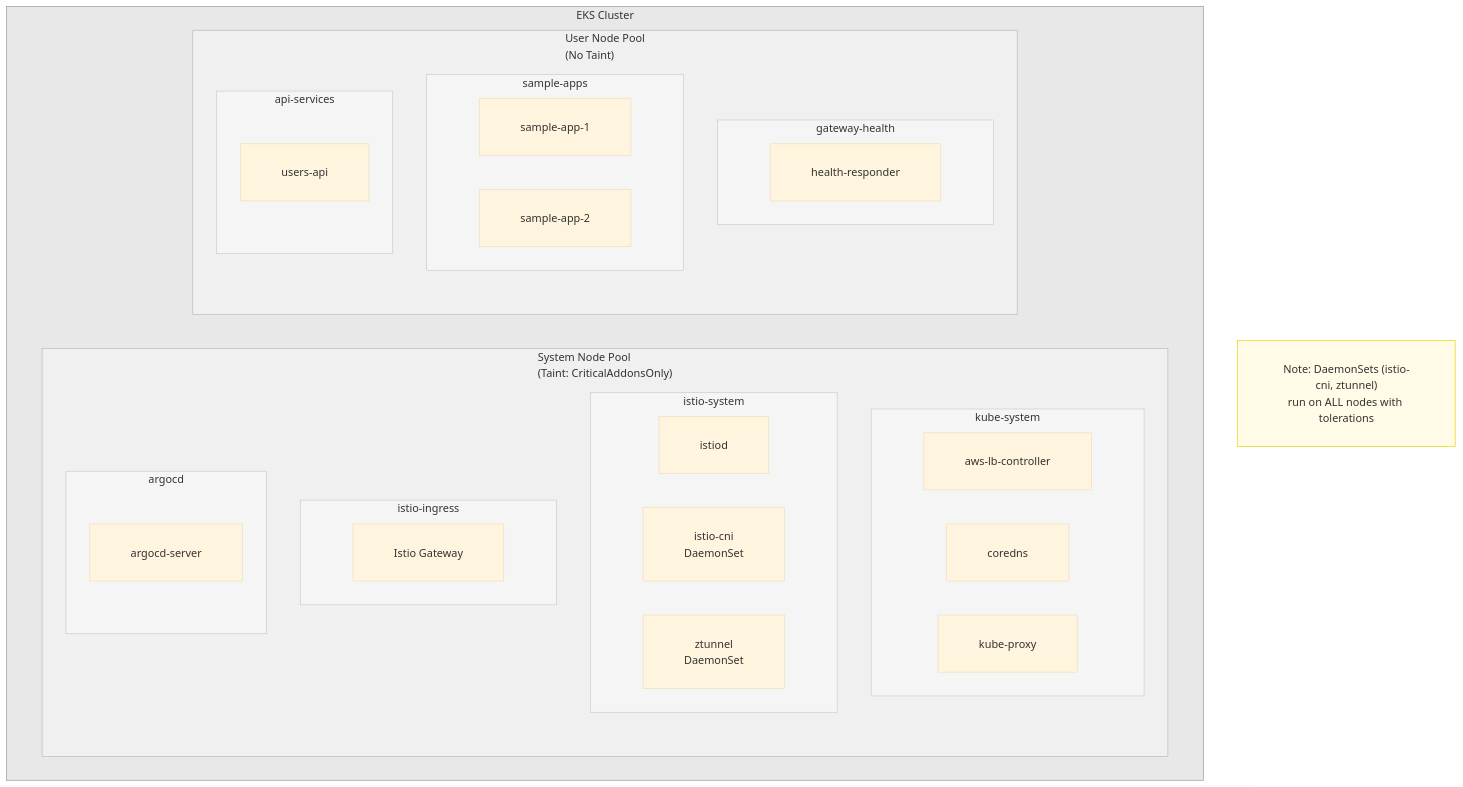
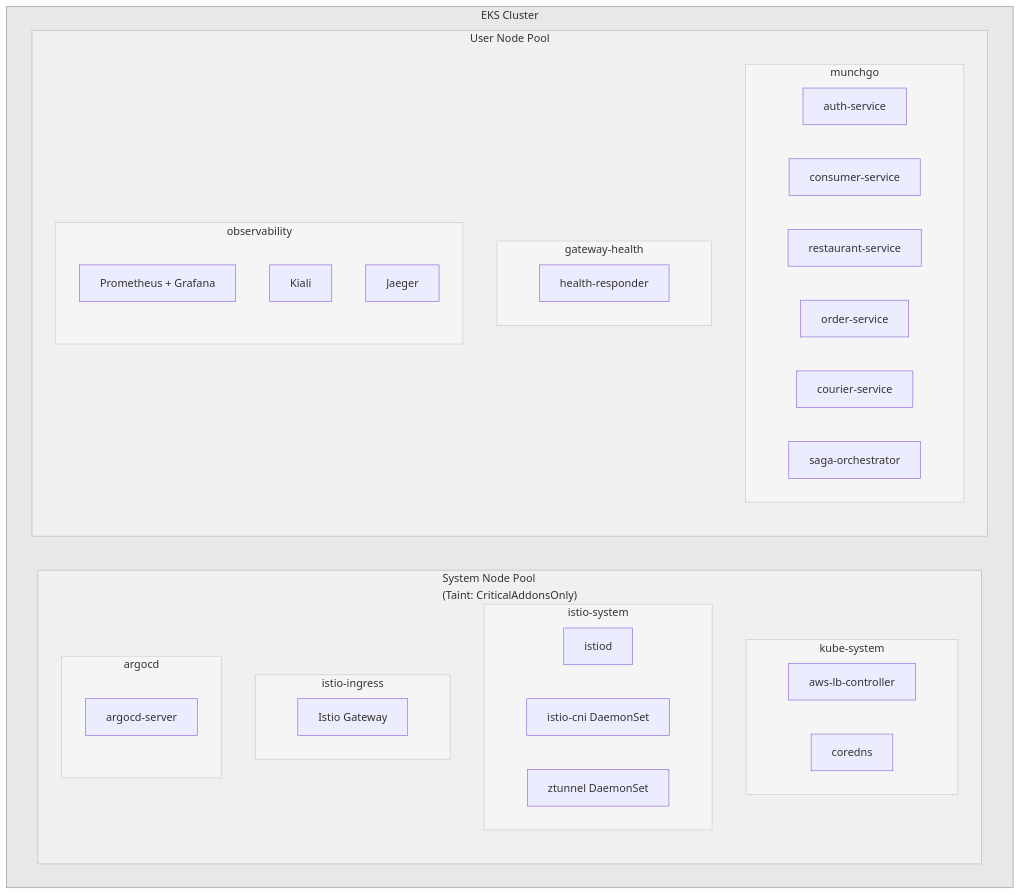
Before and after one commit to shanaka-versent/Kong-Konnect-Cloud-Gateway-on-EKS: diagram 11 of 13 in README.md, drawn with Mermaid. The commit also changed other lines of this file and 41 other files, not shown here.

First line of the commit message:
Deploy MunchGo microservices platform with Istio Ambient Service Mesh

````diff
--- a/README.md
+++ b/README.md
@@ -238,51 +612,52 @@
 ```mermaid
-%%{init: {'theme': 'base', 'themeVariables': {'fontSize': '16px'}, 'flowchart': {'nodeSpacing': 50, 'rankSpacing': 80, 'padding': 30}}}%%
 flowchart TB
     subgraph EKS["EKS Cluster"]
         subgraph SystemPool["System Node Pool<br/>(Taint: CriticalAddonsOnly)"]
             subgraph KS["kube-system"]
                 LBC2[aws-lb-controller]
                 CoreDNS[coredns]
-                KubeProxy[kube-proxy]
             end
             subgraph IS["istio-system"]
                 Istiod2[istiod]
-                CNI2[istio-cni<br/>DaemonSet]
-                ZT2[ztunnel<br/>DaemonSet]
+                CNI2[istio-cni DaemonSet]
+                ZT2[ztunnel DaemonSet]
             end
             subgraph II["istio-ingress"]
                 GW2[Istio Gateway]
             end
             subgraph AC["argocd"]
                 ArgoServer[argocd-server]
             end
         end
 
-        subgraph UserPool["User Node Pool<br/>(No Taint)"]
+        subgraph UserPool["User Node Pool"]
+            subgraph MG["munchgo"]
+                Auth[auth-service]
+                Consumer[consumer-service]
+                Restaurant[restaurant-service]
+                Order[order-service]
+                Courier[courier-service]
+                Saga[saga-orchestrator]
+            end
             subgraph GH["gateway-health"]
                 HealthResp[health-responder]
             end
-            subgraph SA["sample-apps"]
-                App1B[sample-app-1]
-                App2B[sample-app-2]
-            end
-            subgraph AS["api-services"]
-                ApiB[users-api]
+            subgraph OBS["observability"]
+                Prom[Prometheus + Grafana]
+                Kiali2[Kiali]
+                Jaeger2[Jaeger]
             end
         end
     end
-
-    Note["Note: DaemonSets (istio-cni, ztunnel)<br/>run on ALL nodes with tolerations"]
 
     style EKS fill:#E8E8E8,stroke:#999,color:#333
     style SystemPool fill:#F0F0F0,stroke:#BBB,color:#333
     style UserPool fill:#F0F0F0,stroke:#BBB,color:#333
     style KS fill:#F5F5F5,stroke:#CCC,color:#333
     style IS fill:#F5F5F5,stroke:#CCC,color:#333
     style II fill:#F5F5F5,stroke:#CCC,color:#333
     style AC fill:#F5F5F5,stroke:#CCC,color:#333
+    style MG fill:#F5F5F5,stroke:#CCC,color:#333
     style GH fill:#F5F5F5,stroke:#CCC,color:#333
-    style SA fill:#F5F5F5,stroke:#CCC,color:#333
-    style AS fill:#F5F5F5,stroke:#CCC,color:#333
-    style Note fill:#FFFBE6,stroke:#E6D800,color:#333
+    style OBS fill:#F5F5F5,stroke:#CCC,color:#333
 ```
````
